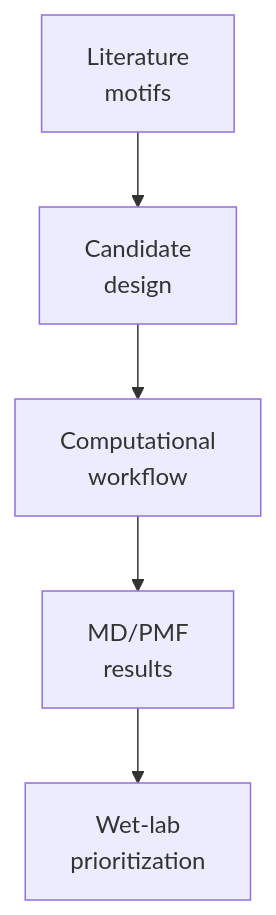
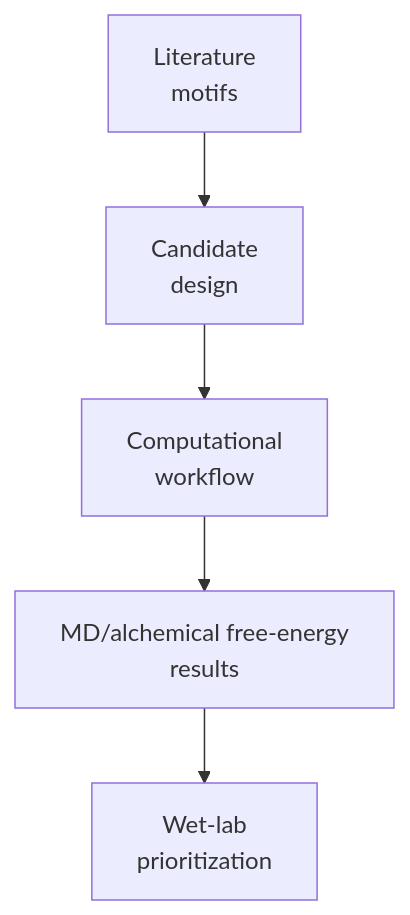
Before and after one commit to jackyissocute/LiSPER: the diagram in 06_project_operations/docs/README.md, drawn with Mermaid. The commit also changed other lines of this file and 689 other files, not shown here.

Commit message:
Reset invalid sampling artifacts and define free-energy workflow

````diff
--- a/06_project_operations/docs/README.md
+++ b/06_project_operations/docs/README.md
@@ -17,16 +15,16 @@
 ```mermaid
 flowchart TD
     accTitle: Decision Documentation Flow
-    accDescr: Project documentation records how literature motifs inform candidate design, computational workflow, MD and PMF results, and wet-lab prioritization.
+    accDescr: Project documentation records how literature motifs inform candidate design, computational workflow, free-energy results, and wet-lab prioritization.
 
     literature["Literature<br/>motifs"]
     design["Candidate<br/>design"]
     workflow["Computational<br/>workflow"]
-    results["MD/PMF<br/>results"]
+    results["MD/alchemical free-energy<br/>results"]
     wetlab["Wet-lab<br/>prioritization"]
 
     literature --> design
     design --> workflow
     workflow --> results
     results --> wetlab
 ```
````
